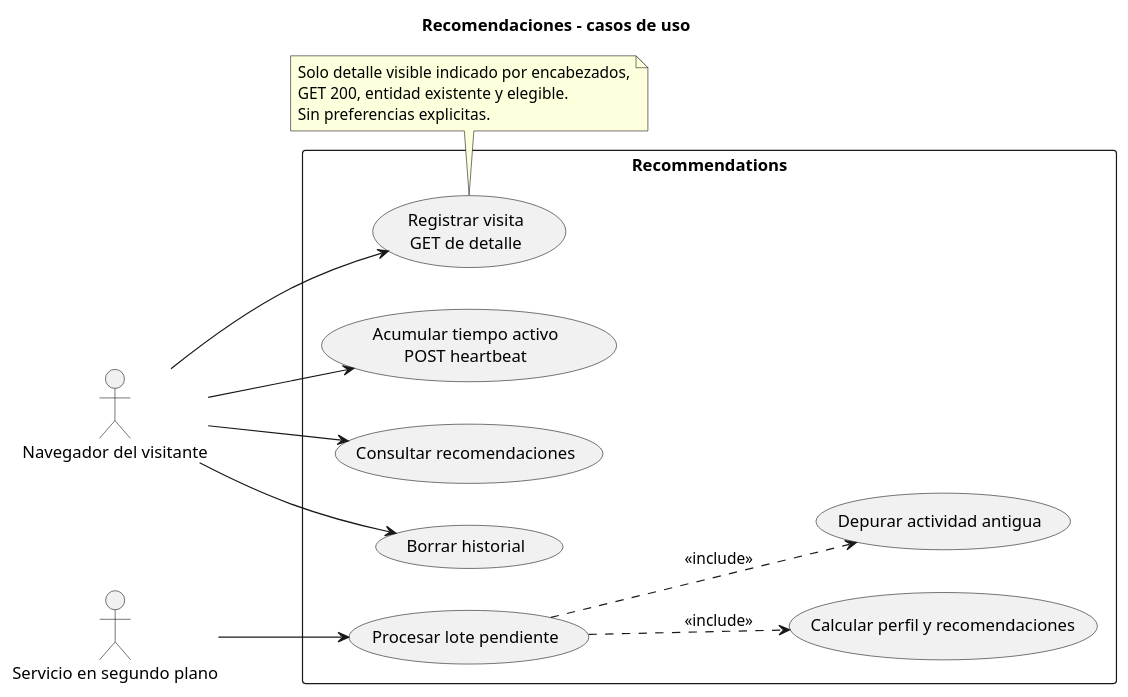
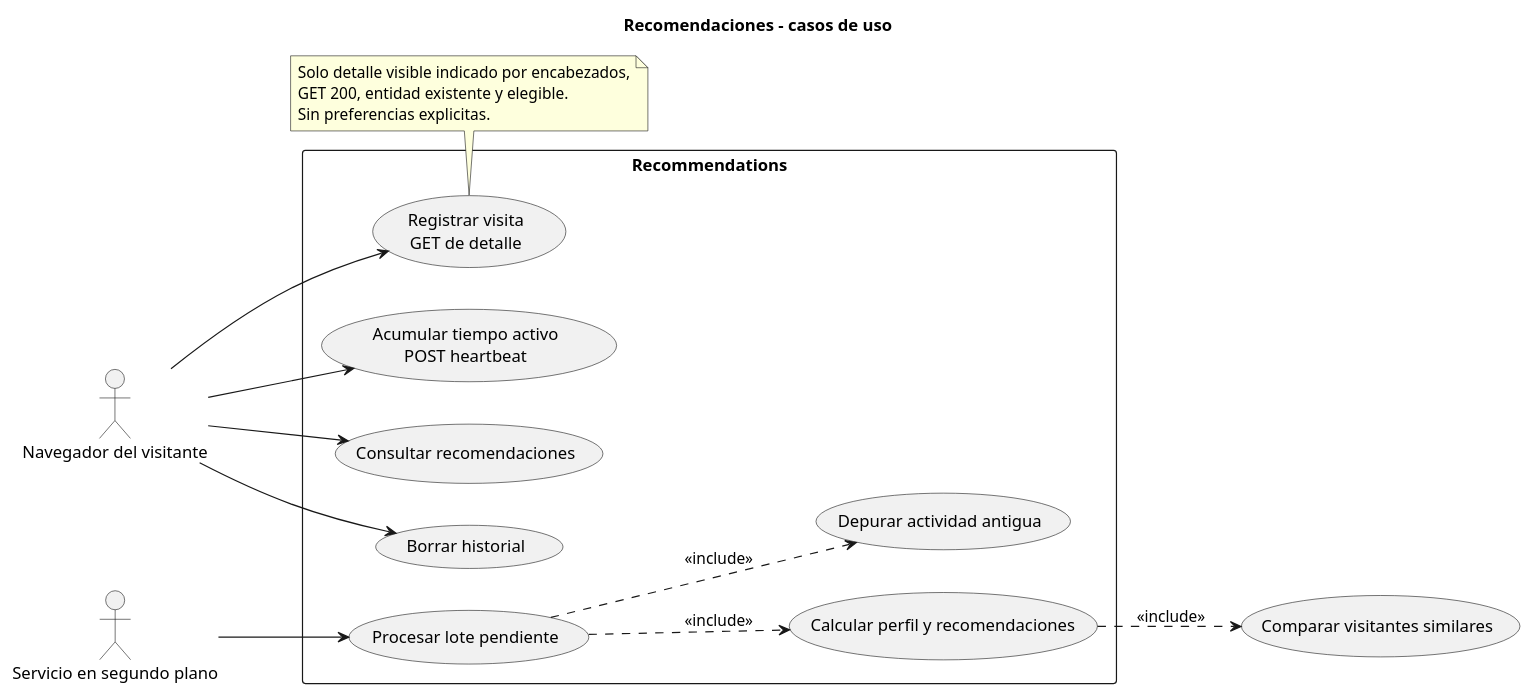
The diagram in docs/diagrams/use-cases/recommendations.puml (JaredDet/Match-Day), drawn with PlantUML before and after one commit. The commit also changed 15 other files, not shown here.

Commit message:
feat(recomendaciones): añadir recomendaciones anónimas basadas en navegación y visitantes similares

```diff
--- a/docs/diagrams/use-cases/recommendations.puml
+++ b/docs/diagrams/use-cases/recommendations.puml
@@ -1,27 +1,29 @@
 @startuml RecommendationsUseCases
 title Recomendaciones - casos de uso
 left to right direction
 actor "Navegador del visitante" as Browser
 actor "Servicio en segundo plano" as Worker
 rectangle Recommendations {
   usecase "Registrar visita\nGET de detalle" as Visit
   usecase "Acumular tiempo activo\nPOST heartbeat" as Heartbeat
   usecase "Consultar recomendaciones" as Read
   usecase "Borrar historial" as Clear
   usecase "Procesar lote pendiente" as Batch
   usecase "Calcular perfil y recomendaciones" as Generate
   usecase "Depurar actividad antigua" as Purge
 }
 Browser --> Visit
 Browser --> Heartbeat
 Browser --> Read
 Browser --> Clear
 Worker --> Batch
 Batch ..> Generate : <<include>>
 Batch ..> Purge : <<include>>
 note bottom of Visit
   Solo detalle visible indicado por encabezados,
   GET 200, entidad existente y elegible.
   Sin preferencias explicitas.
 end note
+usecase "Comparar visitantes similares" as Similar
+Generate ..> Similar : <<include>>
 @enduml
```
